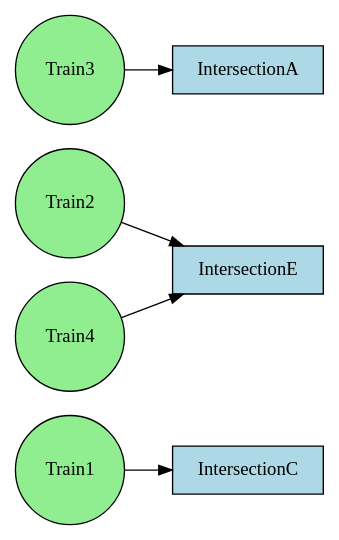
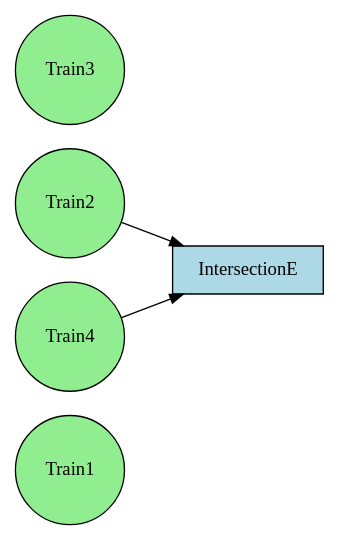
The diagram in rag.dot (Epsilon157/Group-D), drawn with Graphviz before and after one commit. The commit also changed 5 other files, not shown here.

```diff
--- a/rag.dot
+++ b/rag.dot
@@ -1,12 +1,10 @@
 digraph RAG {
   rankdir=LR;
   node [shape=rectangle, style=filled, fillcolor=lightblue];
   "Train1" [shape=circle, fillcolor=lightgreen];
-  "Train1" -> "IntersectionC";
   "Train2" [shape=circle, fillcolor=lightgreen];
   "Train2" -> "IntersectionE";
   "Train3" [shape=circle, fillcolor=lightgreen];
-  "Train3" -> "IntersectionA";
   "Train4" [shape=circle, fillcolor=lightgreen];
   "Train4" -> "IntersectionE";
 }
```
